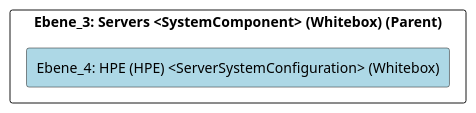
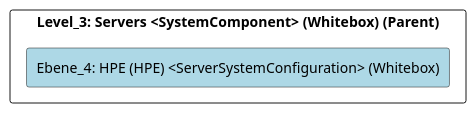
The diagram in src/cleon.architecturemethods.arc42.sample/doc/cleon_architecturemethods_arc42_sample_system/adoc/de/05_bausteinsicht/ikt/infrastruture/servers/hpe/ebene_4_hpe.adoc (marcozwyssig/cleon), drawn with PlantUML before and after one commit. The commit also changed other lines of this file and 169 other files, not shown here.

```diff
--- a/src/cleon.architecturemethods.arc42.sample/doc/cleon_architecturemethods_arc42_sample_system/adoc/de/05_bausteinsicht/ikt/infrastruture/servers/hpe/ebene_4_hpe.adoc
+++ b/src/cleon.architecturemethods.arc42.sample/doc/cleon_architecturemethods_arc42_sample_system/adoc/de/05_bausteinsicht/ikt/infrastruture/servers/hpe/ebene_4_hpe.adoc
@@ -20,24 +20,24 @@
 [plantuml, Ebene_4: HPE (HPE) <ServerSystemConfiguration> (Whitebox)BlockOverview, format="svg"]
 ----
 @startuml Ebene_4: HPE (HPE) <ServerSystemConfiguration> (Whitebox)BuildingBlockOverview
 
 skinparam ranksep 10
 skinparam componentStyle rectangle
 skinparam shadowing false
 skinparam arrowColor lightblue
 skinparam arrowThickness 1.2
 skinparam rectangle {
   BackgroundColor White
   BorderColor #333
   RoundCorner 10
 }
 top to bottom direction
 
-component "Ebene_3: Servers <SystemComponent> (Whitebox) (Parent)" {
+component "Level_3: Servers <SystemComponent> (Whitebox) (Parent)" {
     component "Ebene_4: HPE (HPE) <ServerSystemConfiguration> (Whitebox)" #lightblue {
     }
 
 }
 
 @enduml
 ----
```
